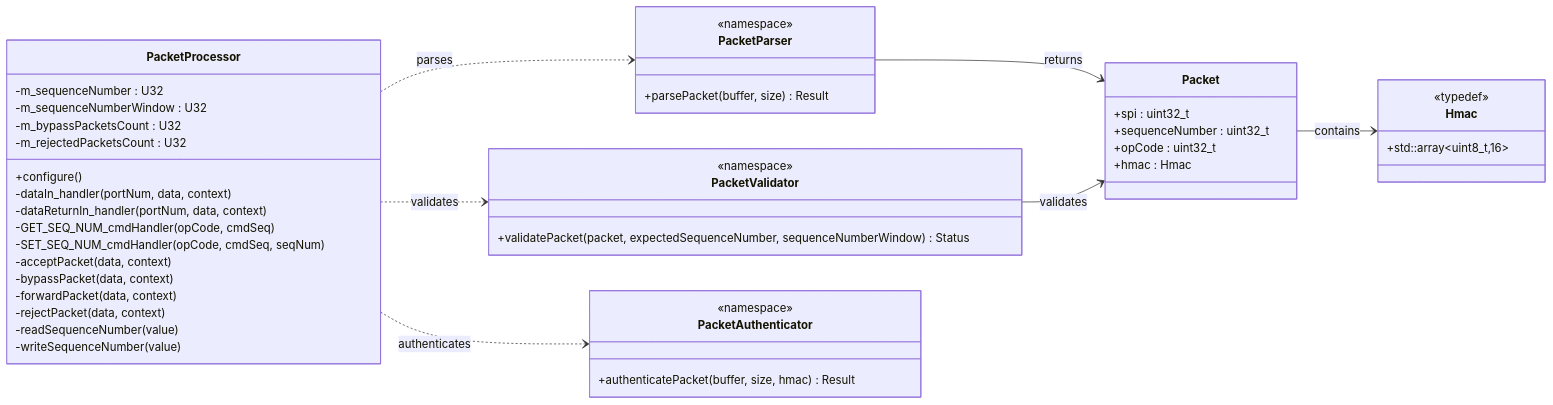
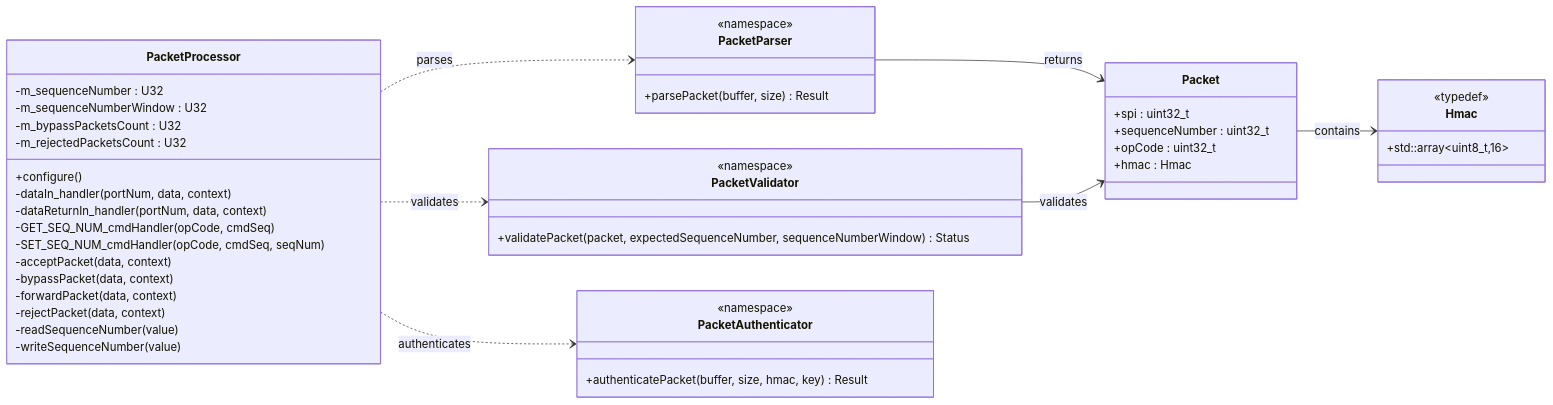
The diagram in PROVESFlightControllerReference/Components/PacketProcessor/docs/sdd.md (Open-Source-Space-Foundation/proves-core-reference), drawn with Mermaid before and after one commit. The commit also changed 2 other files, not shown here.

Commit message:
Add additional Authenticator tests

````diff
--- a/PROVESFlightControllerReference/Components/PacketProcessor/docs/sdd.md
+++ b/PROVESFlightControllerReference/Components/PacketProcessor/docs/sdd.md
@@ -25,56 +25,56 @@
 ```mermaid
 classDiagram
 direction LR
 
 class PacketProcessor {
   +configure()
   -dataIn_handler(portNum, data, context)
   -dataReturnIn_handler(portNum, data, context)
   -GET_SEQ_NUM_cmdHandler(opCode, cmdSeq)
   -SET_SEQ_NUM_cmdHandler(opCode, cmdSeq, seqNum)
   -acceptPacket(data, context)
   -bypassPacket(data, context)
   -forwardPacket(data, context)
   -rejectPacket(data, context)
   -readSequenceNumber(value)
   -writeSequenceNumber(value)
   -m_sequenceNumber : U32
   -m_sequenceNumberWindow : U32
   -m_bypassPacketsCount : U32
   -m_rejectedPacketsCount : U32
 }
 
 class PacketParser {
   <<namespace>>
   +parsePacket(buffer, size) Result
 }
 
 class PacketValidator {
   <<namespace>>
   +validatePacket(packet, expectedSequenceNumber, sequenceNumberWindow) Status
 }
 
 class PacketAuthenticator {
   <<namespace>>
-  +authenticatePacket(buffer, size, hmac) Result
+  +authenticatePacket(buffer, size, hmac, key) Result
 }
 
 class Packet {
   +spi : uint32_t
   +sequenceNumber : uint32_t
   +opCode : uint32_t
   +hmac : Hmac
 }
 
 class Hmac {
   <<typedef>>
   +std::array~uint8_t,16~
 }
 
 PacketProcessor ..> PacketParser : parses
 PacketProcessor ..> PacketValidator : validates
 PacketProcessor ..> PacketAuthenticator : authenticates
 PacketParser --> Packet : returns
 PacketValidator --> Packet : validates
 Packet --> Hmac : contains
 ```
````
